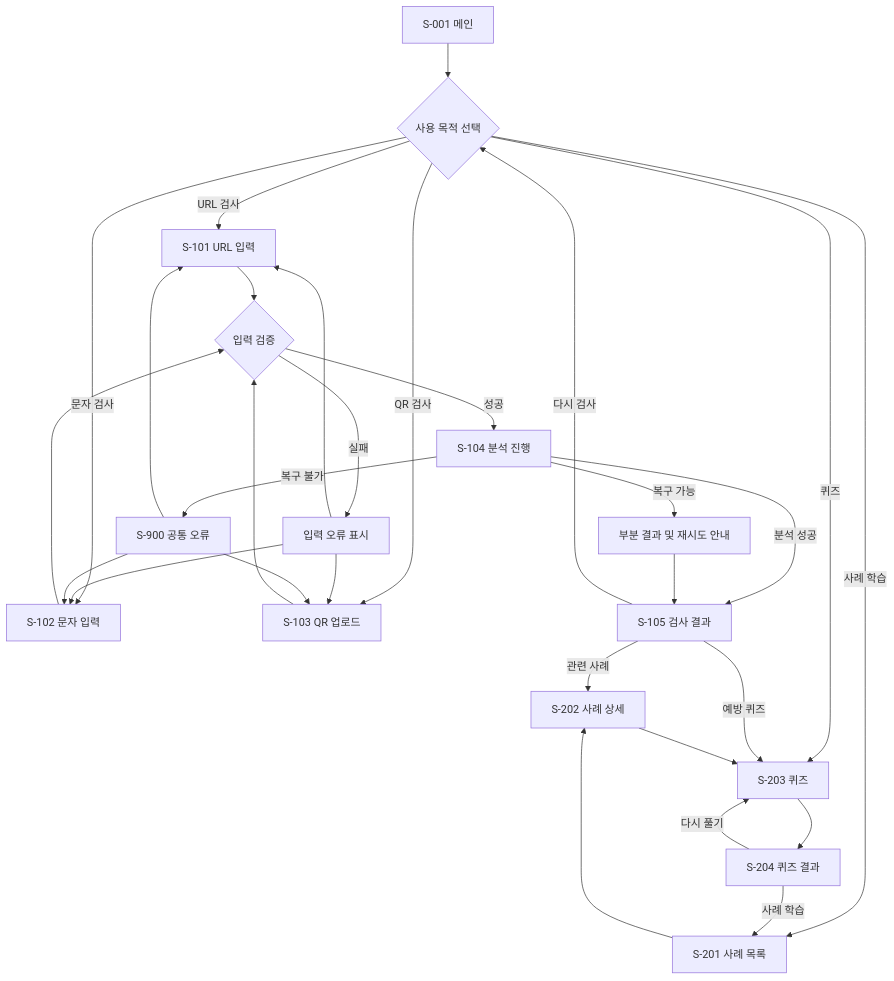
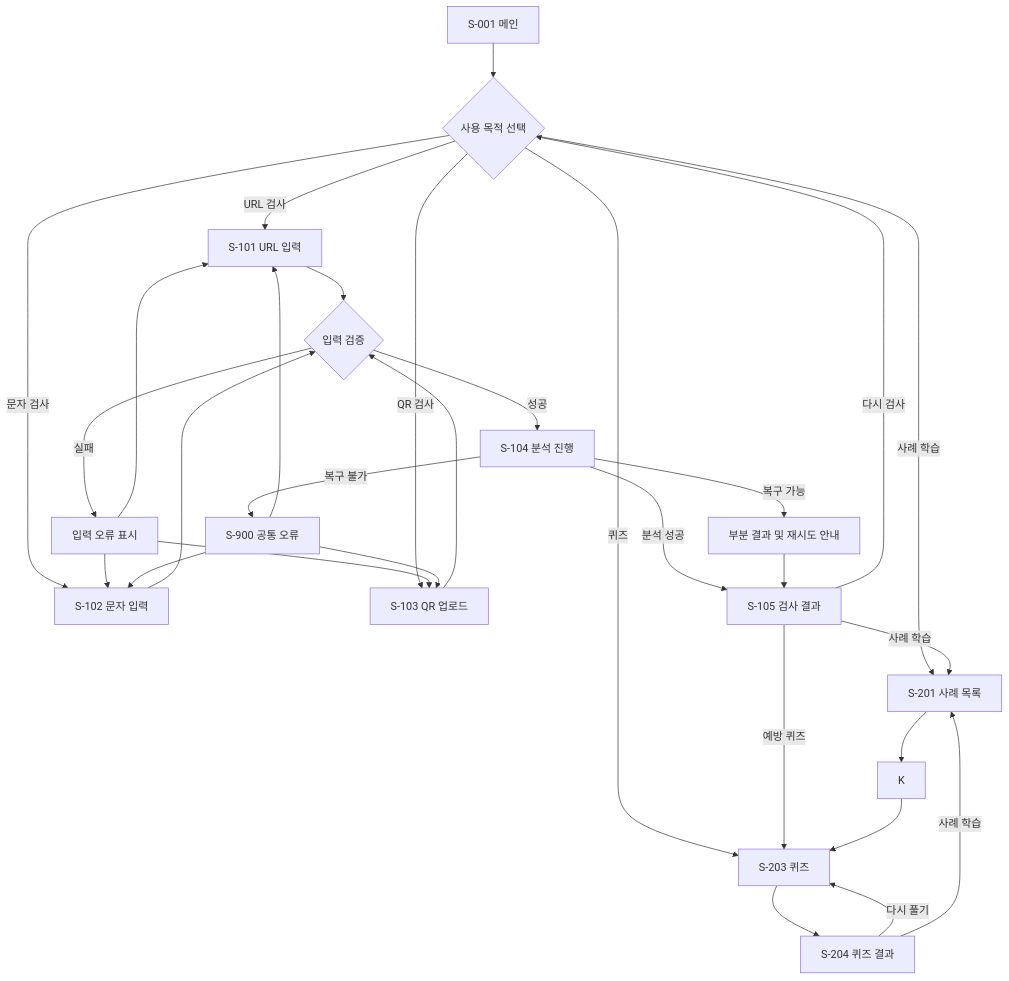
The diagram in docs/02_User_Flow.md (KNUT-Capstone-Design/KNUT-Capstone-Design-docs), drawn with Mermaid before and after one commit. The commit also changed other lines of this file and 7 other files, not shown here.

````diff
--- a/docs/02_User_Flow.md
+++ b/docs/02_User_Flow.md
@@ -246,35 +249,35 @@
 ```mermaid
 flowchart TD
     A[S-001 메인] --> B{사용 목적 선택}
     B -->|URL 검사| C[S-101 URL 입력]
     B -->|문자 검사| D[S-102 문자 입력]
     B -->|QR 검사| E[S-103 QR 업로드]
     B -->|사례 학습| J[S-201 사례 목록]
     B -->|퀴즈| L[S-203 퀴즈]
 
     C --> F{입력 검증}
     D --> F
     E --> F
     F -->|성공| G[S-104 분석 진행]
     F -->|실패| H[입력 오류 표시]
     H --> C
     H --> D
     H --> E
 
     G -->|분석 성공| I[S-105 검사 결과]
     G -->|복구 가능| N[부분 결과 및 재시도 안내]
     G -->|복구 불가| O[S-900 공통 오류]
     N --> I
     O --> C
     O --> D
     O --> E
 
     I -->|다시 검사| B
-    I -->|관련 사례| K[S-202 사례 상세]
+    I -->|사례 학습| J[S-201 사례 목록]
     I -->|예방 퀴즈| L
     J --> K
     K --> L
     L --> M[S-204 퀴즈 결과]
     M -->|다시 풀기| L
     M -->|사례 학습| J
 ```
````
